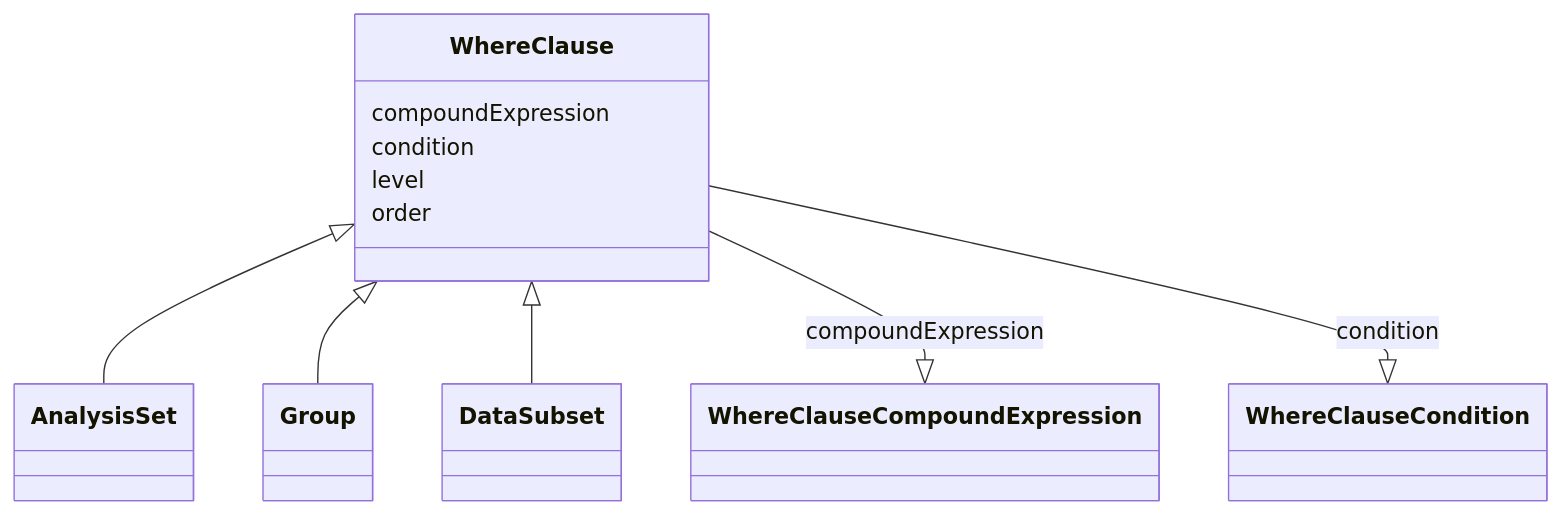
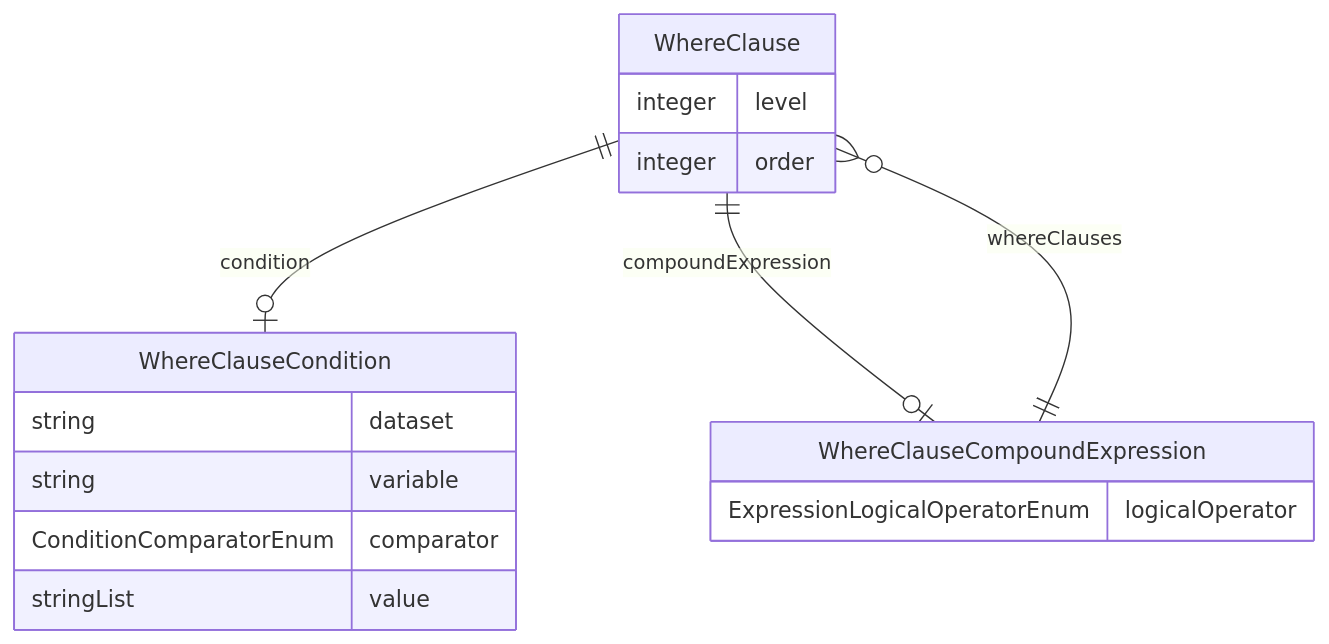
One commit to cdisc-org/analysis-results-standard changed the diagram in project/docs/WhereClause.md. Above: the diagram before and after it, drawn with Mermaid. The commit also changed 131 other files, not shown here.

Commit message:
Add top-level diagram to documentation

````diff
--- a/project/docs/WhereClause.md
+++ b/project/docs/WhereClause.md
@@ -14,21 +13,21 @@
 ```mermaid
- classDiagram
-    class WhereClause
-      WhereClause <|-- AnalysisSet
-      WhereClause <|-- Group
-      WhereClause <|-- DataSubset
-      
-      WhereClause : compoundExpression
-        
-          WhereClause --|> WhereClauseCompoundExpression : compoundExpression
-        
-      WhereClause : condition
-        
-          WhereClause --|> WhereClauseCondition : condition
-        
-      WhereClause : level
-        
-      WhereClause : order
-        
-      
+erDiagram
+WhereClause {
+    integer level  
+    integer order  
+}
+WhereClauseCompoundExpression {
+    ExpressionLogicalOperatorEnum logicalOperator  
+}
+WhereClauseCondition {
+    string dataset  
+    string variable  
+    ConditionComparatorEnum comparator  
+    stringList value  
+}
+
+WhereClause ||--|o WhereClauseCondition : "condition"
+WhereClause ||--|o WhereClauseCompoundExpression : "compoundExpression"
+WhereClauseCompoundExpression ||--}o WhereClause : "whereClauses"
+
 ```
````
